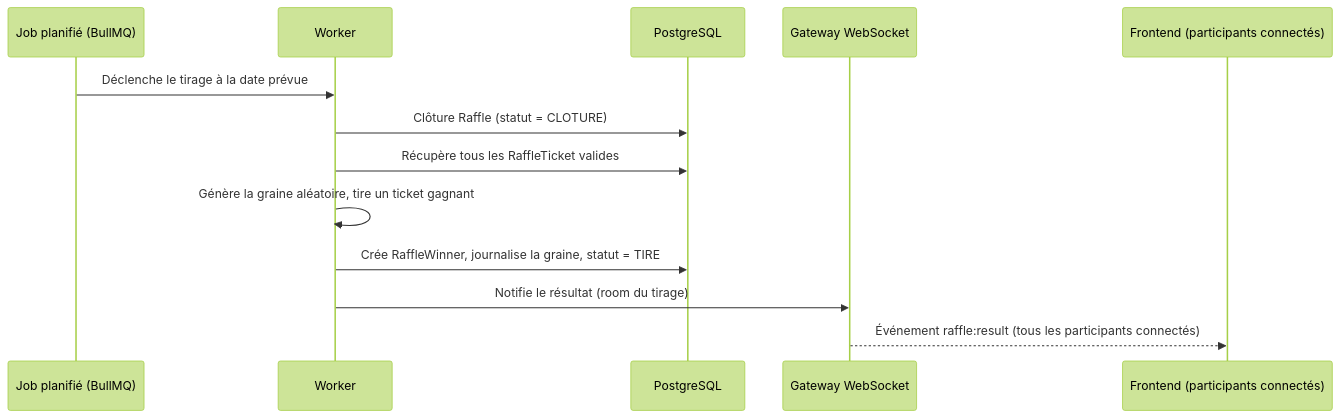
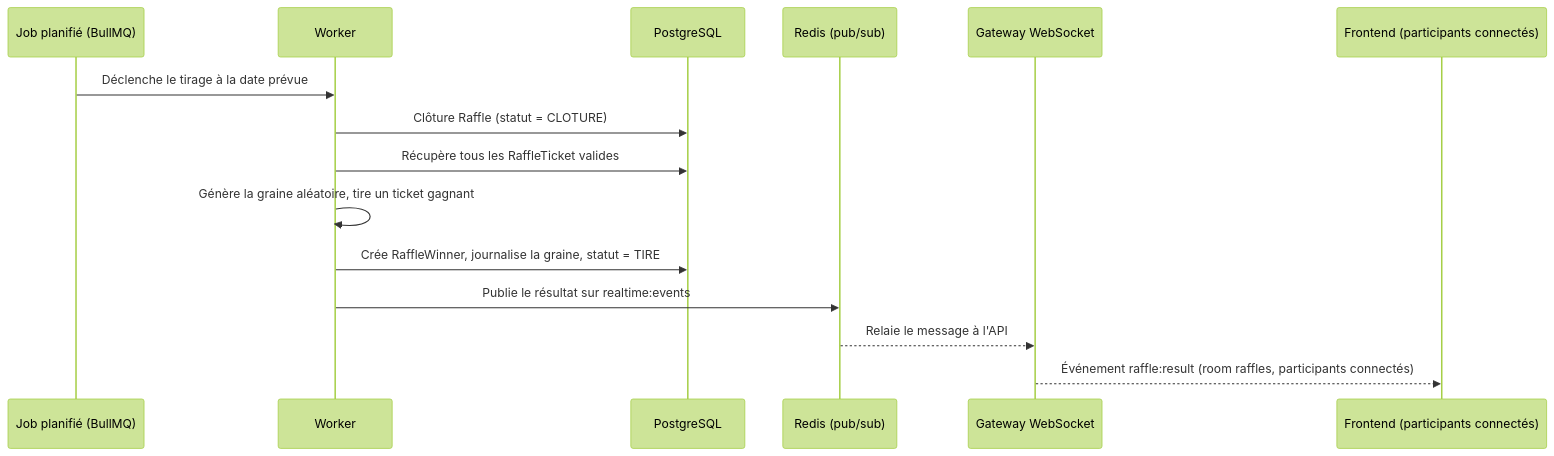
The second of 3 diagrams in docs/02-architecture.md (Krapaud-Labs/Skkup), drawn with Mermaid (forest theme) before and after one commit. The commit also changed other lines of this file and 2 other files, not shown here.

Commit message:
docs: documente la gateway WebSocket et le canal Redis du worker

````diff
--- a/docs/02-architecture.md
+++ b/docs/02-architecture.md
@@ -182,16 +213,18 @@
 ```mermaid
 sequenceDiagram
     participant Cron as Job planifié (BullMQ)
     participant Worker as Worker
     participant DB as PostgreSQL
+    participant Redis as Redis (pub/sub)
     participant WS as Gateway WebSocket
     participant FE as Frontend (participants connectés)
 
     Cron->>Worker: Déclenche le tirage à la date prévue
     Worker->>DB: Clôture Raffle (statut = CLOTURE)
     Worker->>DB: Récupère tous les RaffleTicket valides
     Worker->>Worker: Génère la graine aléatoire, tire un ticket gagnant
     Worker->>DB: Crée RaffleWinner, journalise la graine, statut = TIRE
-    Worker->>WS: Notifie le résultat (room du tirage)
-    WS-->>FE: Événement raffle:result (tous les participants connectés)
+    Worker->>Redis: Publie le résultat sur realtime:events
+    Redis-->>WS: Relaie le message à l'API
+    WS-->>FE: Événement raffle:result (room raffles, participants connectés)
 ```
````
